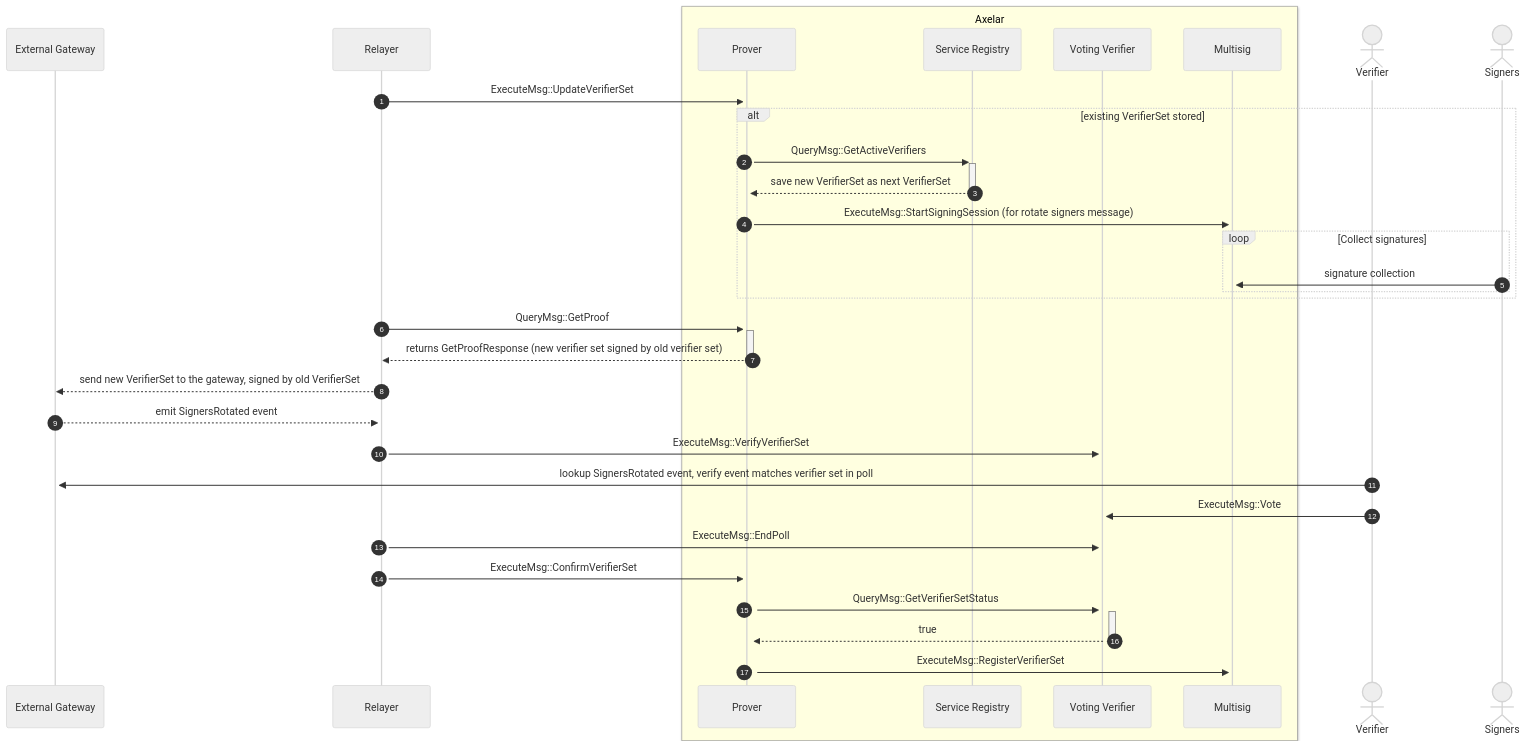
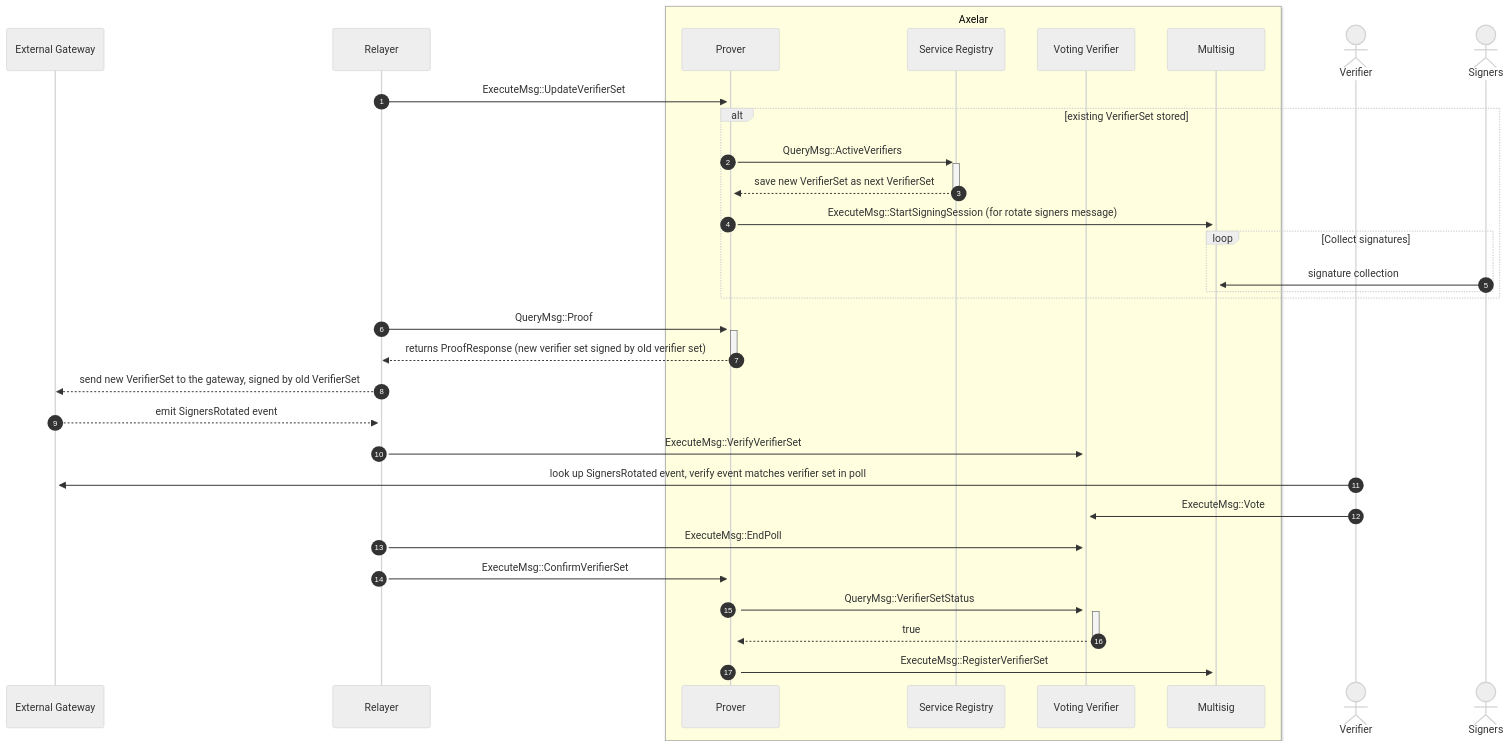
One commit to axelarnetwork/axelar-amplifier changed the fourth of 4 diagrams in doc/src/contracts/multisig_prover.md. Above: the diagram before and after it, drawn with Mermaid (neutral theme). The commit also changed other lines of this file and 6 other files, not shown here.

````diff
--- a/doc/src/contracts/multisig_prover.md
+++ b/doc/src/contracts/multisig_prover.md
@@ -162,35 +169,35 @@
 ```mermaid
 sequenceDiagram
 autonumber
 participant External Gateway
 participant Relayer
 box LightYellow Axelar
 participant Prover
 participant Service Registry
 participant Voting Verifier
 participant Multisig
 end
 actor Verifier
 actor Signers
 Relayer->>+Prover: ExecuteMsg::UpdateVerifierSet
 alt existing VerifierSet stored
-  Prover->>+Service Registry: QueryMsg::GetActiveVerifiers
+  Prover->>+Service Registry: QueryMsg::ActiveVerifiers
   Service Registry-->>-Prover: save new VerifierSet as next VerifierSet
   Prover->>+Multisig: ExecuteMsg::StartSigningSession (for rotate signers message)
   loop Collect signatures
 	  Signers->>+Multisig: signature collection
   end
 end
-Relayer->>+Prover: QueryMsg::GetProof
-Prover-->>-Relayer: returns GetProofResponse (new verifier set signed by old verifier set)
+Relayer->>+Prover: QueryMsg::Proof
+Prover-->>-Relayer: returns ProofResponse (new verifier set signed by old verifier set)
 Relayer-->>External Gateway: send new VerifierSet to the gateway, signed by old VerifierSet
 External Gateway-->>+Relayer: emit SignersRotated event
 Relayer->>+Voting Verifier: ExecuteMsg::VerifyVerifierSet
-Verifier->>+External Gateway: lookup SignersRotated event, verify event matches verifier set in poll
+Verifier->>+External Gateway: look up SignersRotated event, verify event matches verifier set in poll
 Verifier->>+Voting Verifier: ExecuteMsg::Vote
 Relayer->>+Voting Verifier: ExecuteMsg::EndPoll
 Relayer->>+Prover: ExecuteMsg::ConfirmVerifierSet
-Prover->>+Voting Verifier: QueryMsg::GetVerifierSetStatus
+Prover->>+Voting Verifier: QueryMsg::VerifierSetStatus
 Voting Verifier-->>-Prover: true
 Prover->>+Multisig: ExecuteMsg::RegisterVerifierSet
 ```
````
